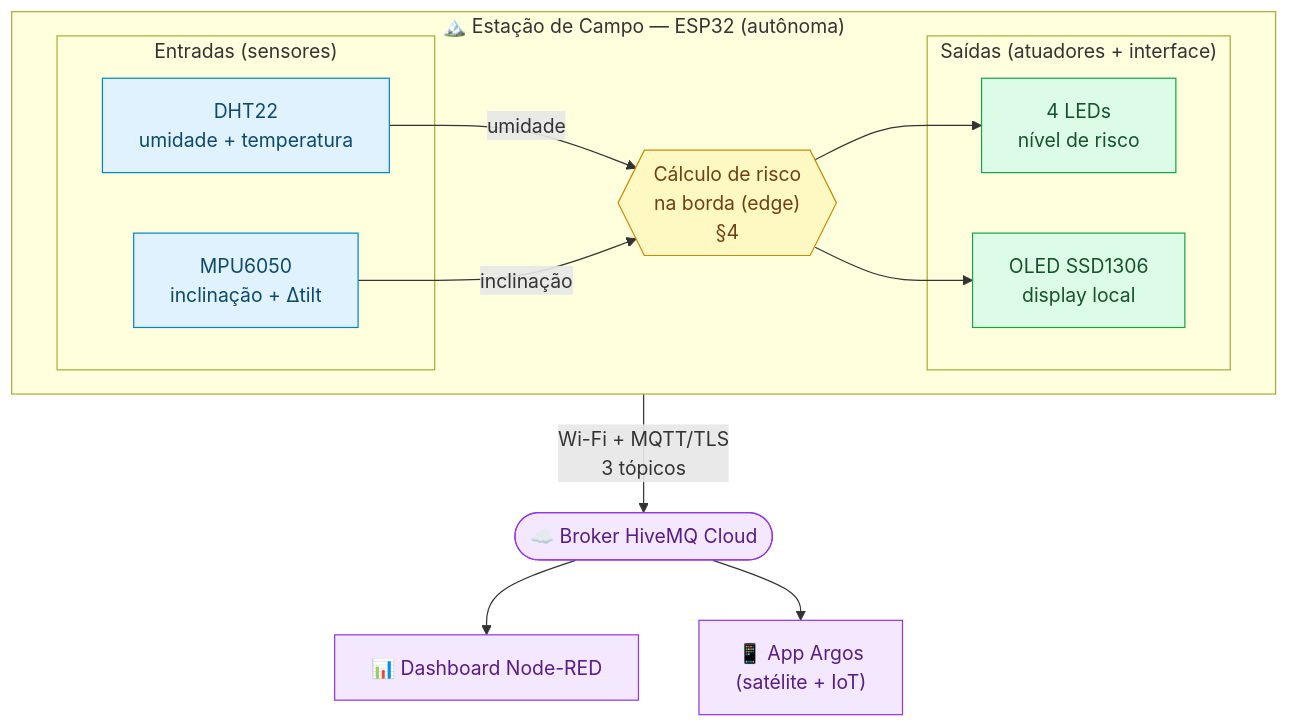
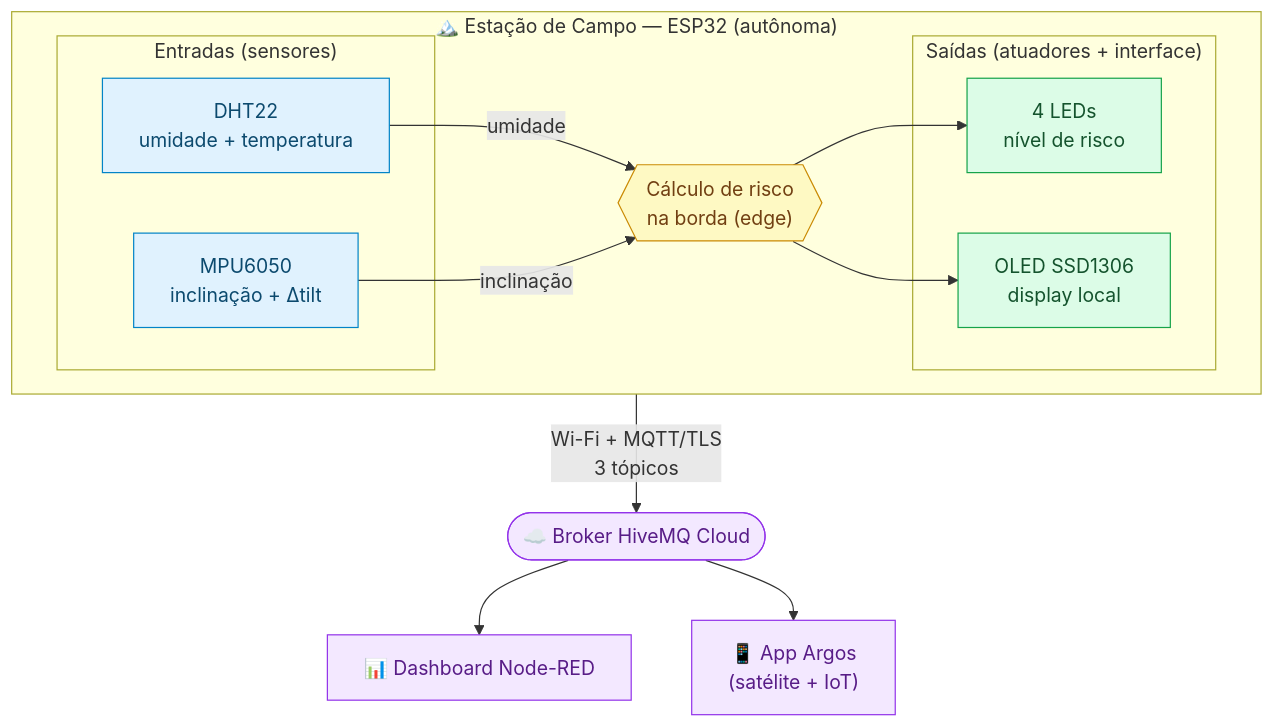
Before and after one commit to Driven-Soft/Argos-IOT: the second of 2 diagrams in README.md, drawn with Mermaid.

Commit message:
docs: update README com diagramas Mermaid

````diff
--- a/README.md
+++ b/README.md
@@ -78,32 +78,32 @@
 ```mermaid
 flowchart TD
     subgraph ESTACAO["🏔️ Estação de Campo — ESP32 (autônoma)"]
         direction LR
         subgraph IN["Entradas (sensores)"]
             DHT["DHT22<br/>umidade + temperatura"]
             MPU["MPU6050<br/>inclinação + Δtilt"]
         end
-        LOGIC{{"Cálculo de risco<br/>na borda (edge)<br/>§4"}}
+        LOGIC{{"Cálculo de risco<br/>na borda (edge)"}}
         subgraph OUT["Saídas (atuadores + interface)"]
             LED["4 LEDs<br/>nível de risco"]
             OLED["OLED SSD1306<br/>display local"]
         end
         DHT -->|umidade| LOGIC
         MPU -->|inclinação| LOGIC
         LOGIC --> LED
         LOGIC --> OLED
     end
 
     ESTACAO -->|"Wi-Fi + MQTT/TLS<br/>3 tópicos"| BROKER(["☁️ Broker HiveMQ Cloud"])
     BROKER --> DASH["📊 Dashboard Node-RED"]
     BROKER --> APP["📱 App Argos<br/>(satélite + IoT)"]
 
     classDef sensor fill:#e0f2fe,stroke:#0284c7,color:#0c4a6e;
     classDef logic fill:#fef9c3,stroke:#ca8a04,color:#713f12;
     classDef out fill:#dcfce7,stroke:#16a34a,color:#14532d;
     classDef cloud fill:#f3e8ff,stroke:#9333ea,color:#581c87;
     class DHT,MPU sensor;
     class LOGIC logic;
     class LED,OLED out;
     class BROKER,DASH,APP cloud;
 ```
````
